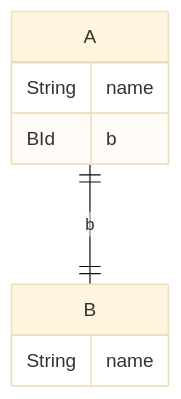
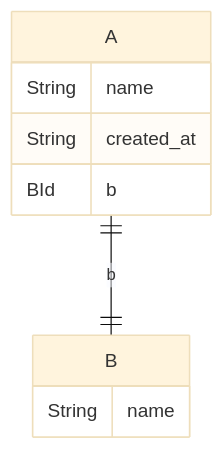
Before and after one commit to ymgyt/github-actions-handson: the diagram in docs/diagram/structiagram.md, drawn with Mermaid (base theme). The commit also changed 1 other file, not shown here.

Commit message:
doc: update er diagram

````diff
--- a/docs/diagram/structiagram.md
+++ b/docs/diagram/structiagram.md
@@ -3,18 +3,19 @@
 ```mermaid
 %%{init: {
             "er": {
                 "layoutDirection": "LR",
                 "entityPadding": 15,
                 "useMaxWidth": false
             }
         }}%%
 erDiagram
-A {
-    String name
-    BId b
-}
 B {
     String name
 }
+A {
+    String name
+    String created_at
+    BId b
+}
 A ||--|| B : b
 ```
````
